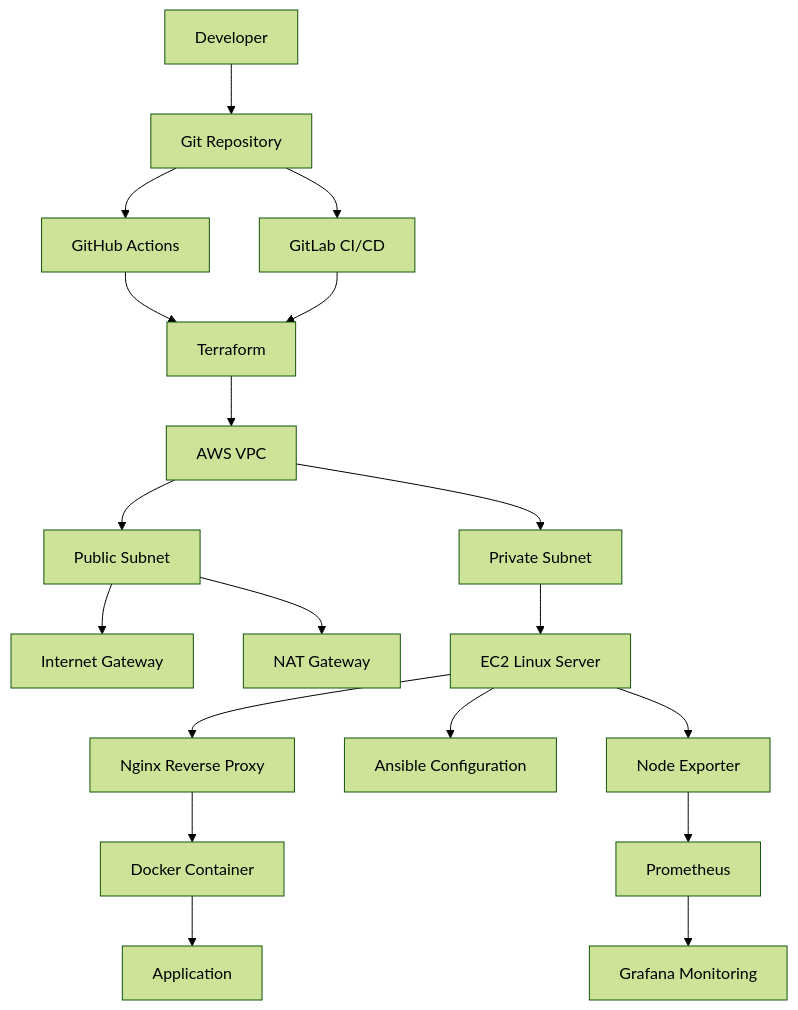
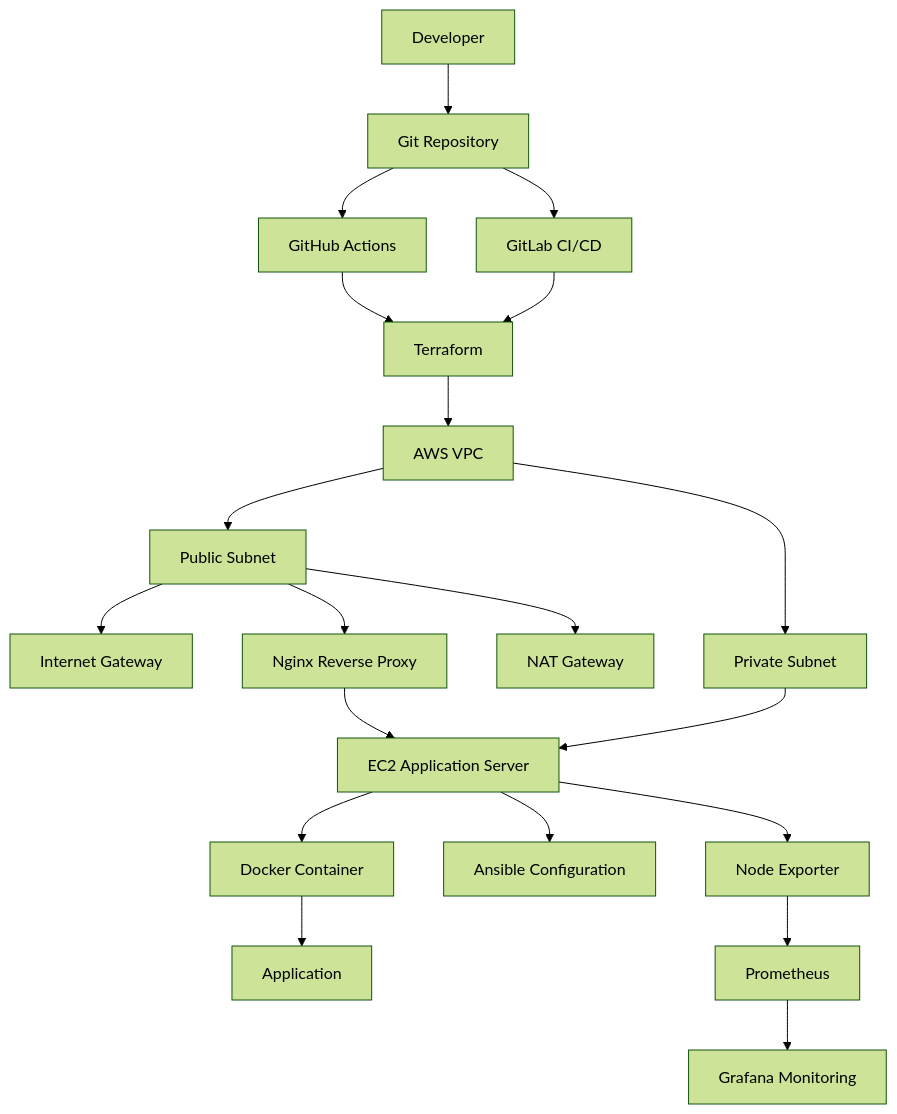
Before and after one commit to Billy-lex/production-cloud-infrastructure-platform: the first of 3 diagrams in README.md, drawn with Mermaid (forest theme). The commit also changed other lines of this file, not shown here.

Commit message:
docs: update architecture

````diff
--- a/README.md
+++ b/README.md
@@ -17,37 +17,38 @@
 ```mermaid
 graph TD
 
 A[Developer] --> B[Git Repository]
 
 B --> C[GitHub Actions]
 B --> D[GitLab CI/CD]
 
 C --> E[Terraform]
 D --> E
 
 E --> F[AWS VPC]
 
 F --> G[Public Subnet]
 
 G --> H[Internet Gateway]
-G --> I[NAT Gateway]
+G --> I[Nginx Reverse Proxy]
+G --> J[NAT Gateway]
 
-F --> J[Private Subnet]
+F --> K[Private Subnet]
 
-J --> K[EC2 Linux Server]
-
-K --> L[Nginx Reverse Proxy]
+K --> L[EC2 Application Server]
 
 L --> M[Docker Container]
 
 M --> N[Application]
 
-K --> O[Ansible Configuration]
+I --> L
 
-K --> P[Node Exporter]
+L --> O[Ansible Configuration]
+
+L --> P[Node Exporter]
 
 P --> Q[Prometheus]
 
 Q --> R[Grafana Monitoring]
 
 ```
````
